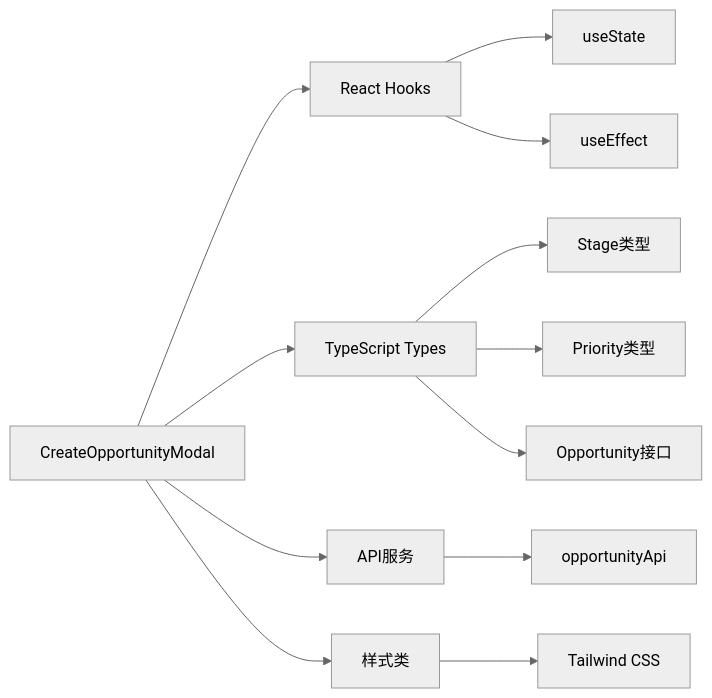
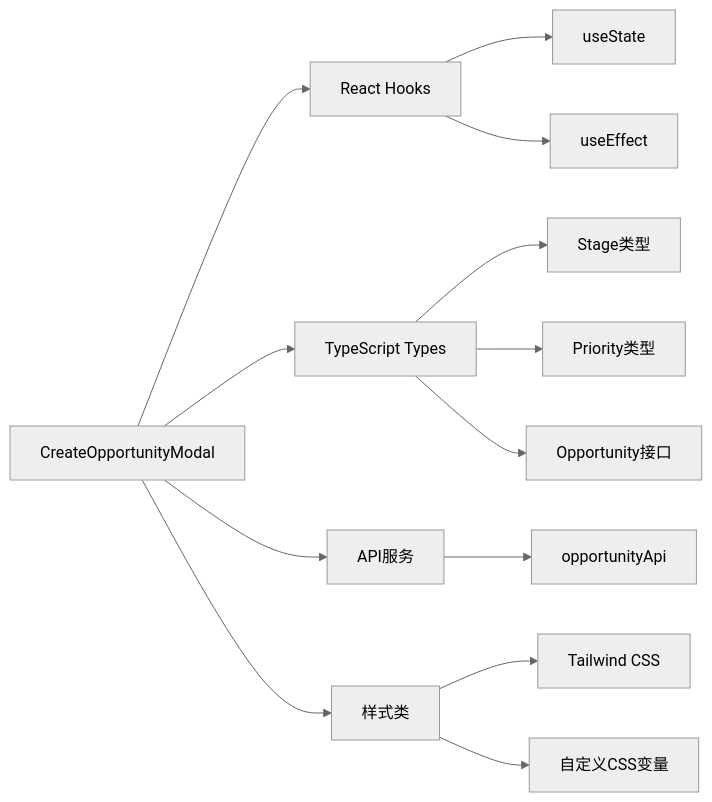
One commit to xianjianshenqu/SalesFlow-CRM changed the tenth of 11 diagrams in .qoder/repowiki/zh/content/核心组件/创建机会模态框组件.md. Above: the diagram before and after it, drawn with Mermaid (neutral theme). The commit also changed other lines of this file and 11 other files, not shown here.

````diff
--- a/.qoder/repowiki/zh/content/核心组件/创建机会模态框组件.md
+++ b/.qoder/repowiki/zh/content/核心组件/创建机会模态框组件.md
@@ -344,14 +418,15 @@
 ```mermaid
 graph LR
 A[CreateOpportunityModal] --> B[React Hooks]
 A --> C[TypeScript Types]
 A --> D[API服务]
 A --> E[样式类]
 B --> F[useState]
 B --> G[useEffect]
 C --> H[Stage类型]
 C --> I[Priority类型]
 C --> J[Opportunity接口]
 D --> K[opportunityApi]
 E --> L[Tailwind CSS]
+E --> M[自定义CSS变量]
 ```
````
